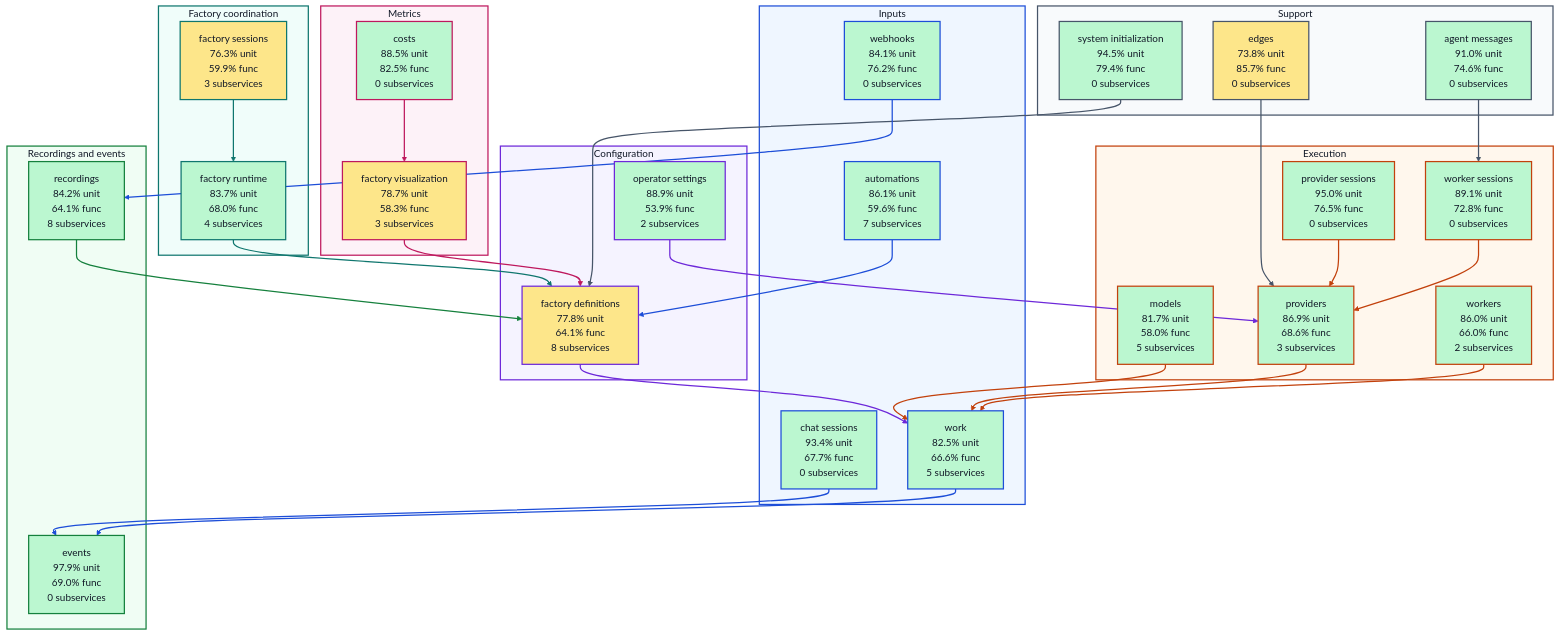
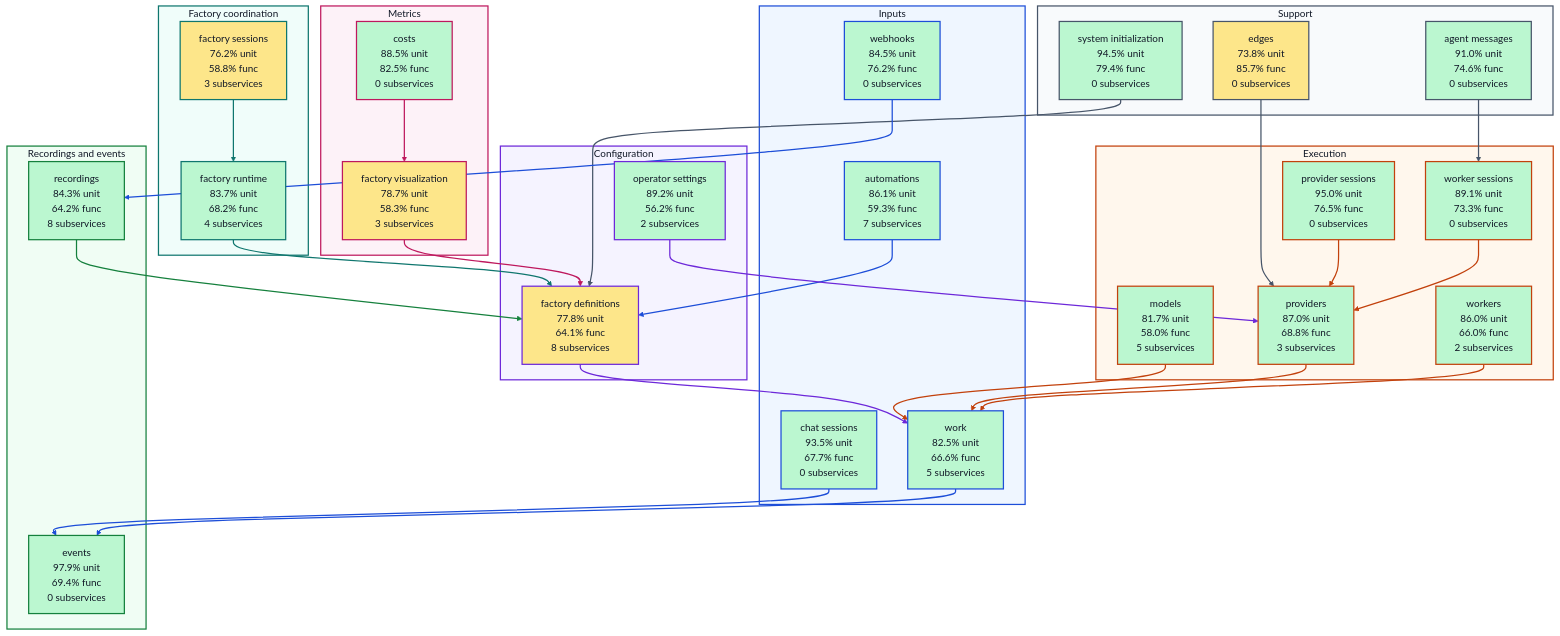
Before and after one commit to portpowered/you-agent-factory: the diagram in docs/architecture/visualizations/high-level-test-coverage.md, drawn with Mermaid. The commit also changed other lines of this file and 21 other files, not shown here.

Commit message:
docs: refresh backend architecture visualizations

````diff
--- a/docs/architecture/visualizations/high-level-test-coverage.md
+++ b/docs/architecture/visualizations/high-level-test-coverage.md
@@ -11,29 +11,29 @@
 ```mermaid
 flowchart TB
   subgraph input["Inputs"]
-    s_services_automations["automations<br/>86.1% unit<br/>59.6% func<br/>7 subservices"]
-    s_services_chat_sessions["chat sessions<br/>93.4% unit<br/>67.7% func<br/>0 subservices"]
-    s_services_webhooks["webhooks<br/>84.1% unit<br/>76.2% func<br/>0 subservices"]
+    s_services_automations["automations<br/>86.1% unit<br/>59.3% func<br/>7 subservices"]
+    s_services_chat_sessions["chat sessions<br/>93.5% unit<br/>67.7% func<br/>0 subservices"]
+    s_services_webhooks["webhooks<br/>84.5% unit<br/>76.2% func<br/>0 subservices"]
     s_services_work["work<br/>82.5% unit<br/>66.6% func<br/>5 subservices"]
   end
   subgraph configuration["Configuration"]
     s_services_factory_definitions["factory definitions<br/>77.8% unit<br/>64.1% func<br/>8 subservices"]
-    s_services_operator_settings["operator settings<br/>88.9% unit<br/>53.9% func<br/>2 subservices"]
+    s_services_operator_settings["operator settings<br/>89.2% unit<br/>56.2% func<br/>2 subservices"]
   end
   subgraph coordination["Factory coordination"]
-    s_services_factory_runtime["factory runtime<br/>83.7% unit<br/>68.0% func<br/>4 subservices"]
-    s_services_factory_sessions["factory sessions<br/>76.3% unit<br/>59.9% func<br/>3 subservices"]
+    s_services_factory_runtime["factory runtime<br/>83.7% unit<br/>68.2% func<br/>4 subservices"]
+    s_services_factory_sessions["factory sessions<br/>76.2% unit<br/>58.8% func<br/>3 subservices"]
   end
   subgraph execution["Execution"]
     s_services_models["models<br/>81.7% unit<br/>58.0% func<br/>5 subservices"]
     s_services_provider_sessions["provider sessions<br/>95.0% unit<br/>76.5% func<br/>0 subservices"]
-    s_services_providers["providers<br/>86.9% unit<br/>68.6% func<br/>3 subservices"]
-    s_services_worker_sessions["worker sessions<br/>89.1% unit<br/>72.8% func<br/>0 subservices"]
+    s_services_providers["providers<br/>87.0% unit<br/>68.8% func<br/>3 subservices"]
+    s_services_worker_sessions["worker sessions<br/>89.1% unit<br/>73.3% func<br/>0 subservices"]
     s_services_workers["workers<br/>86.0% unit<br/>66.0% func<br/>2 subservices"]
   end
   subgraph recordings["Recordings and events"]
-    s_services_events["events<br/>97.9% unit<br/>69.0% func<br/>0 subservices"]
-    s_services_recordings["recordings<br/>84.2% unit<br/>64.1% func<br/>8 subservices"]
+    s_services_events["events<br/>97.9% unit<br/>69.4% func<br/>0 subservices"]
+    s_services_recordings["recordings<br/>84.3% unit<br/>64.2% func<br/>8 subservices"]
   end
   subgraph metrics["Metrics"]
     s_services_costs["costs<br/>88.5% unit<br/>82.5% func<br/>0 subservices"]
````
